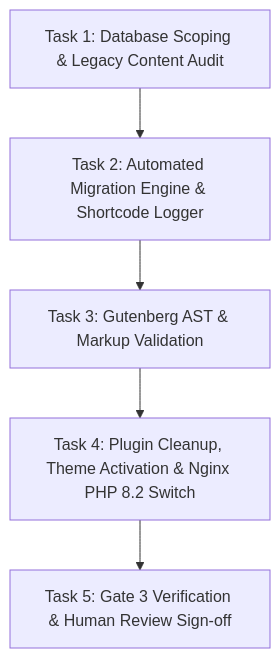
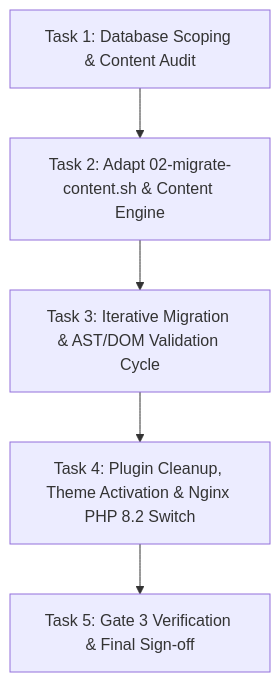
Before and after one commit to alexseif/ekkairo-flagship: the diagram in ai-work/tasks/ekkairo-flagship-phase3-content-migration-gutenberg-conversion-plan.md, drawn with Mermaid. The commit also changed other lines of this file and 1 other file, not shown here.

Commit message:
docs(plan): update Phase 3 plan with iterative workflow, adapted orchestrator and human verification gates

````diff
--- a/ai-work/tasks/ekkairo-flagship-phase3-content-migration-gutenberg-conversion-plan.md
+++ b/ai-work/tasks/ekkairo-flagship-phase3-content-migration-gutenberg-conversion-plan.md
@@ -80,7 +79,7 @@
 ```mermaid
 graph TD
-    T1[Task 1: Database Scoping & Legacy Content Audit] --> T2[Task 2: Automated Migration Engine & Shortcode Logger]
-    T2 --> T3[Task 3: Gutenberg AST & Markup Validation]
+    T1[Task 1: Database Scoping & Content Audit] --> T2[Task 2: Adapt 02-migrate-content.sh & Content Engine]
+    T2 --> T3[Task 3: Iterative Migration & AST/DOM Validation Cycle]
     T3 --> T4[Task 4: Plugin Cleanup, Theme Activation & Nginx PHP 8.2 Switch]
-    T4 --> T5[Task 5: Gate 3 Verification & Human Review Sign-off]
+    T4 --> T5[Task 5: Gate 3 Verification & Final Sign-off]
 ```
````
